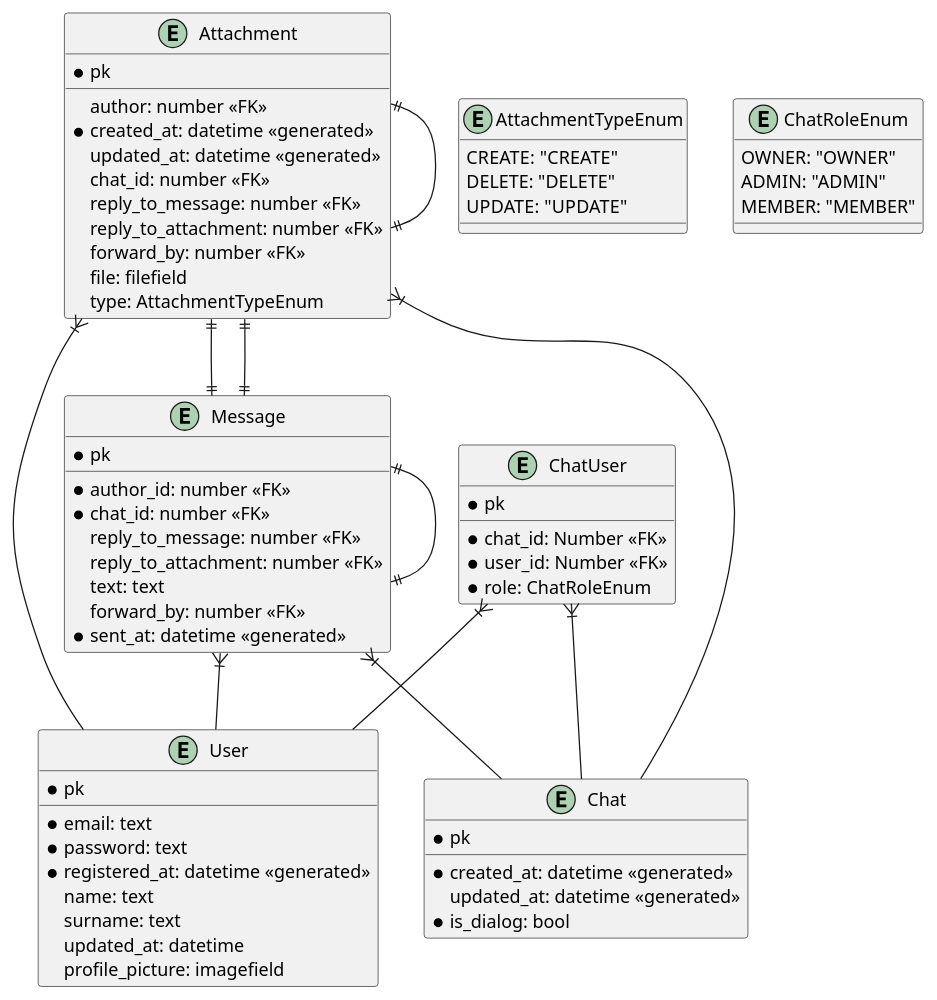
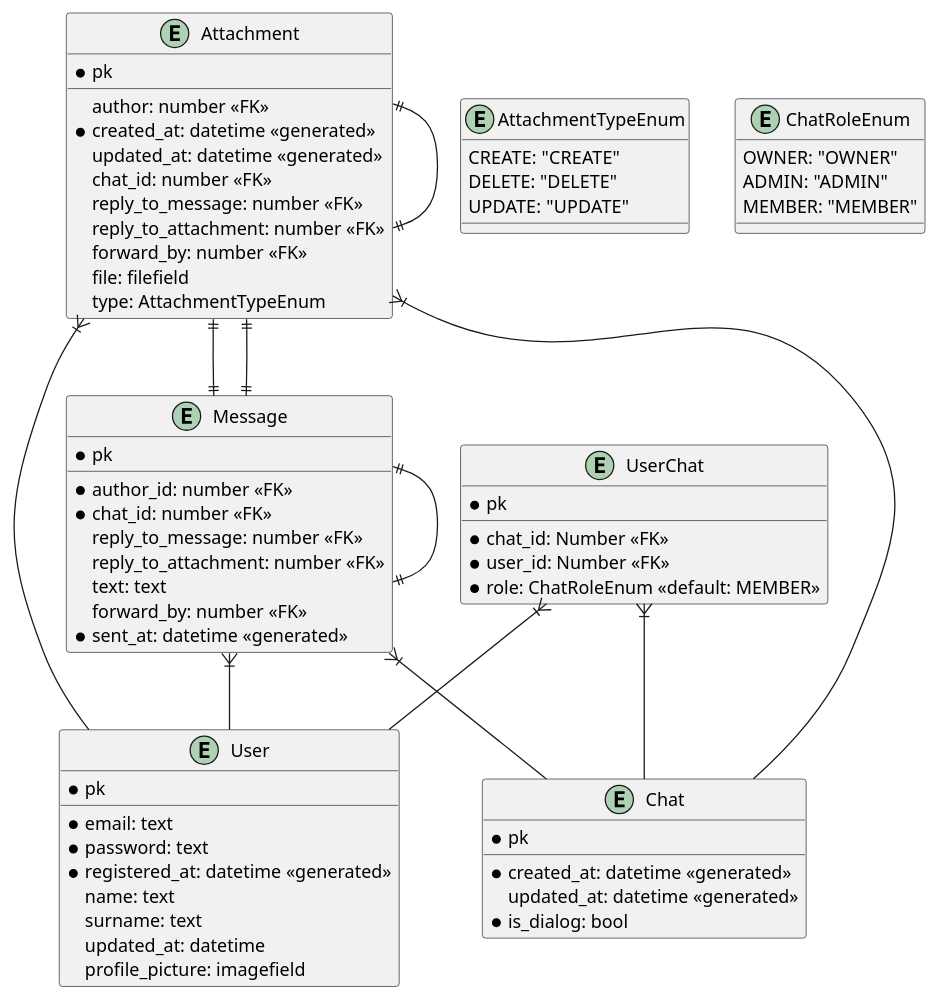
One commit to Timur-Gizatullin/messenger changed the diagram in docs/er_diagram/v0.1.0-er_init.puml. Above: the diagram before and after it, drawn with PlantUML. The commit also changed 1 other file, not shown here.

Commit message:
! update diagram

```diff
--- a/docs/er_diagram/v0.1.0-er_init.puml
+++ b/docs/er_diagram/v0.1.0-er_init.puml
@@ -1,85 +1,85 @@
 @startuml
 entity Chat {
 * pk
 __
 *created_at: datetime <<generated>>
 updated_at: datetime <<generated>>
 *is_dialog: bool
 }
 
 entity AttachmentTypeEnum {
 CREATE: "CREATE"
 DELETE: "DELETE"
 UPDATE: "UPDATE"
 }
 
 entity Attachment {
 * pk
 __
 author: number <<FK>>
 *created_at: datetime <<generated>>
 updated_at: datetime <<generated>>
 chat_id: number <<FK>>
 reply_to_message: number <<FK>>
 reply_to_attachment: number <<FK>>
 forward_by: number <<FK>>
 file: filefield
 type: AttachmentTypeEnum
 }
 
 entity Message {
 * pk
 __
 *author_id: number <<FK>>
 *chat_id: number <<FK>>
 reply_to_message: number <<FK>>
 reply_to_attachment: number <<FK>>
 text: text
 forward_by: number <<FK>>
 *sent_at: datetime <<generated>>
 }
 
 entity User {
 * pk
 __
 *email: text
 *password: text
 *registered_at: datetime <<generated>>
 name: text
 surname: text
 updated_at: datetime
 profile_picture: imagefield
 }
 
 entity ChatRoleEnum {
 OWNER: "OWNER"
 ADMIN: "ADMIN"
 MEMBER: "MEMBER"
 }
 
-entity ChatUser {
+entity UserChat {
 * pk
 __
 * chat_id: Number <<FK>>
 * user_id: Number <<FK>>
-* role: ChatRoleEnum
+* role: ChatRoleEnum <<default: MEMBER>>
 }
 
 
-ChatUser }|-- User
-ChatUser }|-- Chat
+UserChat }|-- User
+UserChat }|-- Chat
 
 
 Message }|-- User
 Message }|-- Chat
 
 Attachment }|-- Chat
 
 Message ||--|| Message
 Message ||--|| Attachment
 
 Attachment ||--|| Message
 Attachment ||--|| Attachment
 
 Attachment }|-- User
 @enduml
```
